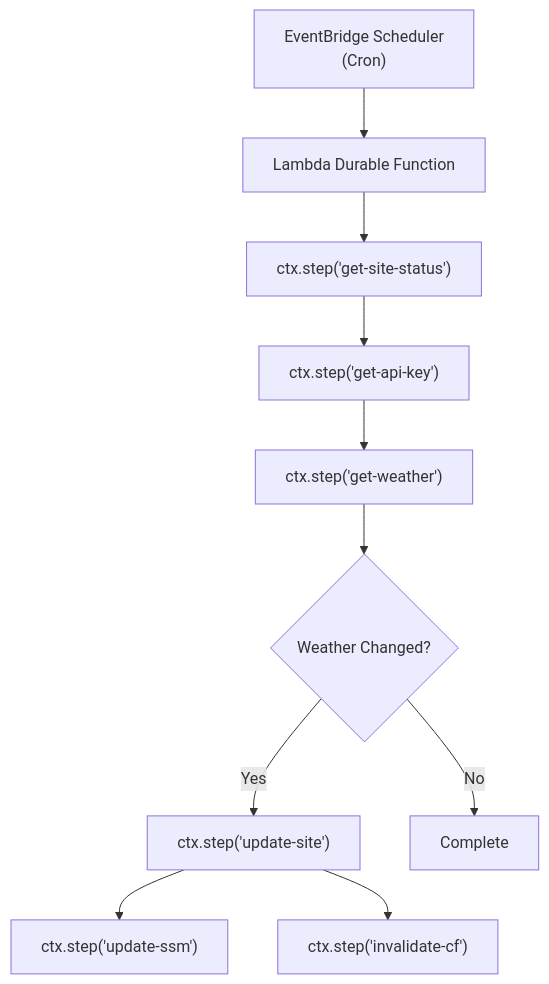
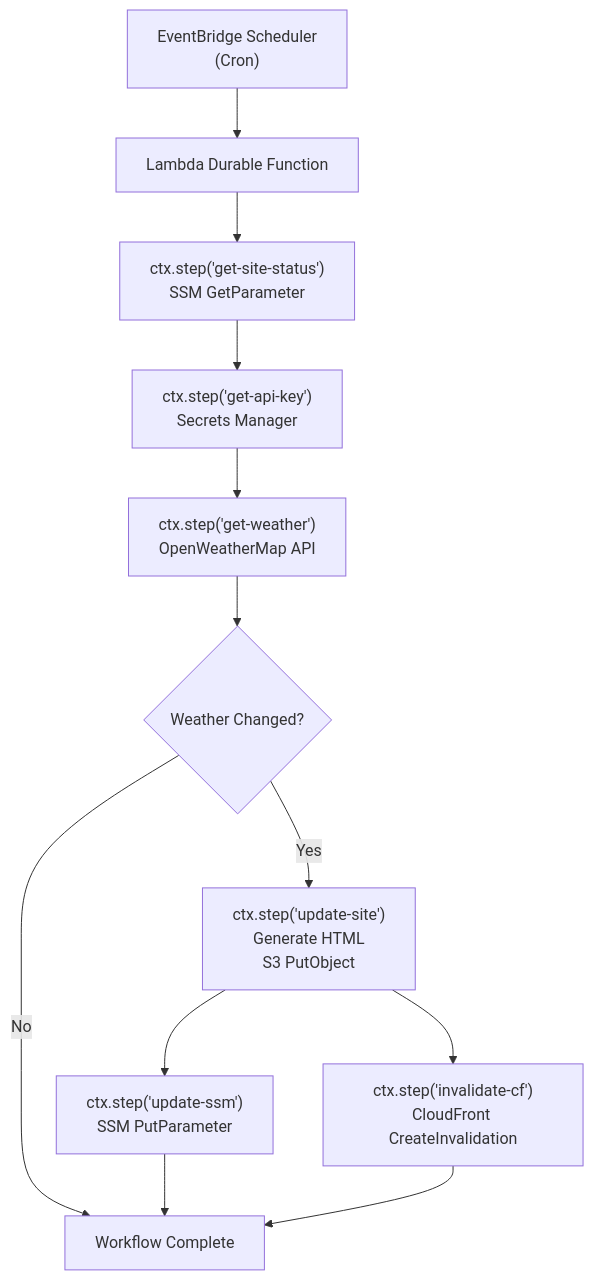
Before and after one commit to TrickSumo/durable-function-weather-site: the diagram in README.md, drawn with Mermaid.

Commit message:
Enhance flowchart details in README
Updated the flowchart in the README to include additional details for each step, enhancing clarity on the workflow.

````diff
--- a/README.md
+++ b/README.md
@@ -41,18 +41,38 @@
 ```mermaid
 flowchart TD
 
     Scheduler["EventBridge Scheduler<br/>(Cron)"]
-    Scheduler --> Durable["Lambda Durable Function"]
 
-    Durable --> GetStatus["ctx.step('get-site-status')"]
-    GetStatus --> GetApiKey["ctx.step('get-api-key')"]
-    GetApiKey --> GetWeather["ctx.step('get-weather')"]
+    Durable["Lambda Durable Function"]
 
-    GetWeather --> Decision{"Weather Changed?"}
+    GetStatus["ctx.step('get-site-status')<br/>SSM GetParameter"]
+    GetApiKey["ctx.step('get-api-key')<br/>Secrets Manager"]
+    GetWeather["ctx.step('get-weather')<br/>OpenWeatherMap API"]
 
-    Decision -- Yes --> UpdateSite["ctx.step('update-site')"]
-    Decision -- No --> End["Complete"]
+    Decision{"Weather Changed?"}
 
-    UpdateSite --> UpdateSSM["ctx.step('update-ssm')"]
-    UpdateSite --> InvalidateCF["ctx.step('invalidate-cf')"]
+    UpdateSite["ctx.step('update-site')<br/>Generate HTML<br/>S3 PutObject"]
+
+    UpdateSSM["ctx.step('update-ssm')<br/>SSM PutParameter"]
+    InvalidateCF["ctx.step('invalidate-cf')<br/>CloudFront CreateInvalidation"]
+
+    End["Workflow Complete"]
+
+    Scheduler --> Durable
+
+    Durable --> GetStatus
+    GetStatus --> GetApiKey
+    GetApiKey --> GetWeather
+
+    GetWeather --> Decision
+
+    Decision -- No --> End
+
+    Decision -- Yes --> UpdateSite
+
+    UpdateSite --> UpdateSSM
+    UpdateSite --> InvalidateCF
+
+    UpdateSSM --> End
+    InvalidateCF --> End
 ```
````
